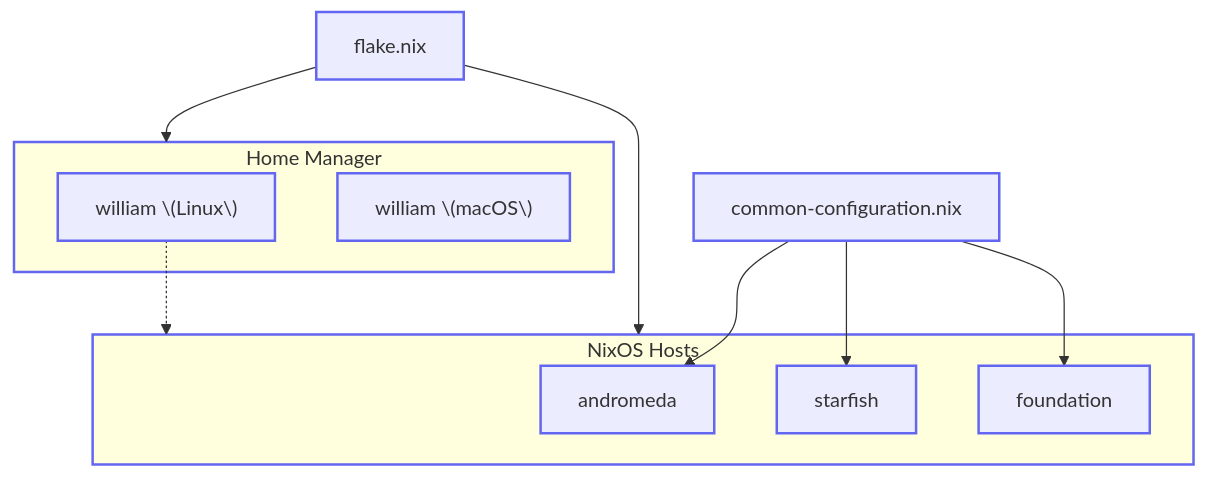
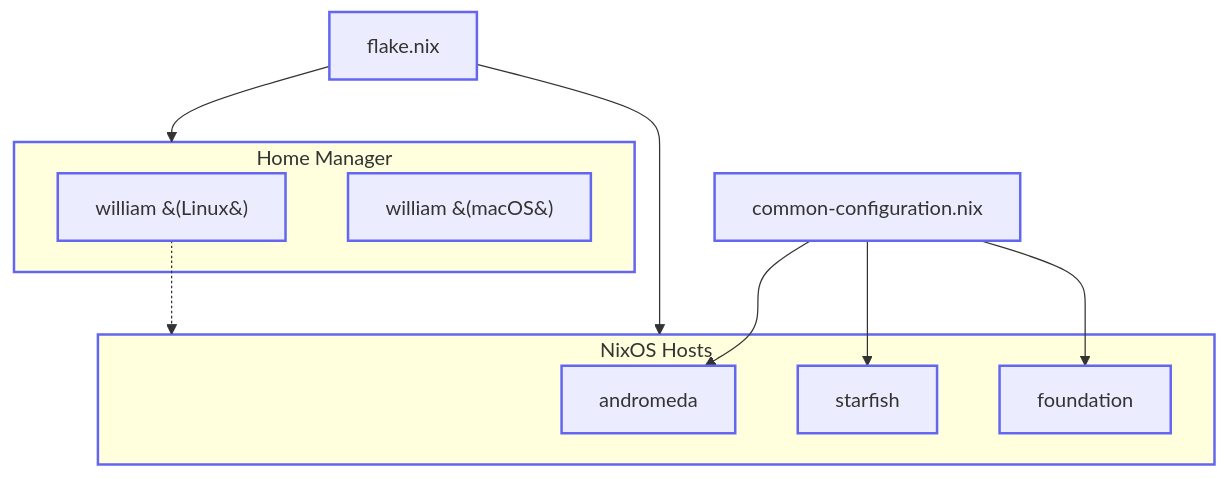
One commit to willfish/nix changed the first of 2 diagrams in README.md. Above: the diagram before and after it, drawn with Mermaid. The commit also changed 5 other files, not shown here.

First line of the commit message:
Fix Mermaid parentheses rendering and improve documentation

````diff
--- a/README.md
+++ b/README.md
@@ -9,24 +9,24 @@
 ```mermaid
 flowchart TD
     FLAKE[flake.nix]
     COMMON[common-configuration.nix]
 
     subgraph HOSTS [NixOS Hosts]
         ANDROMEDA[andromeda]
         STARFISH[starfish]
         FOUNDATION[foundation]
     end
 
     subgraph HM [Home Manager]
-        HM_LINUX["william \(Linux\)"]
-        HM_DARWIN["william \(macOS\)"]
+        HM_LINUX["william &#40;Linux&#41;"]
+        HM_DARWIN["william &#40;macOS&#41;"]
     end
 
     FLAKE --> HOSTS
     FLAKE --> HM
     COMMON --> ANDROMEDA & STARFISH & FOUNDATION
     HM_LINUX -.-> HOSTS
 
     classDef box stroke:#6366f1,stroke-width:2px
     class FLAKE,COMMON,HOSTS,HM,ANDROMEDA,STARFISH,FOUNDATION,HM_LINUX,HM_DARWIN box
 ```
````
